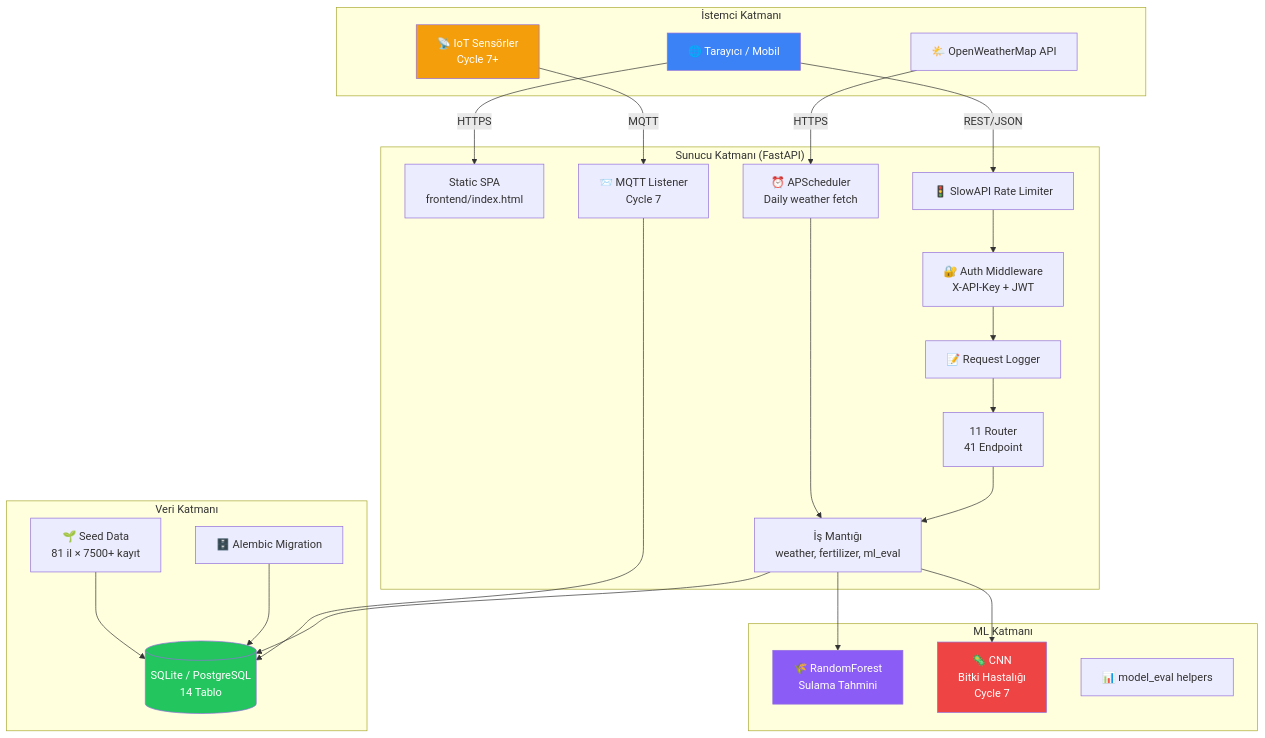
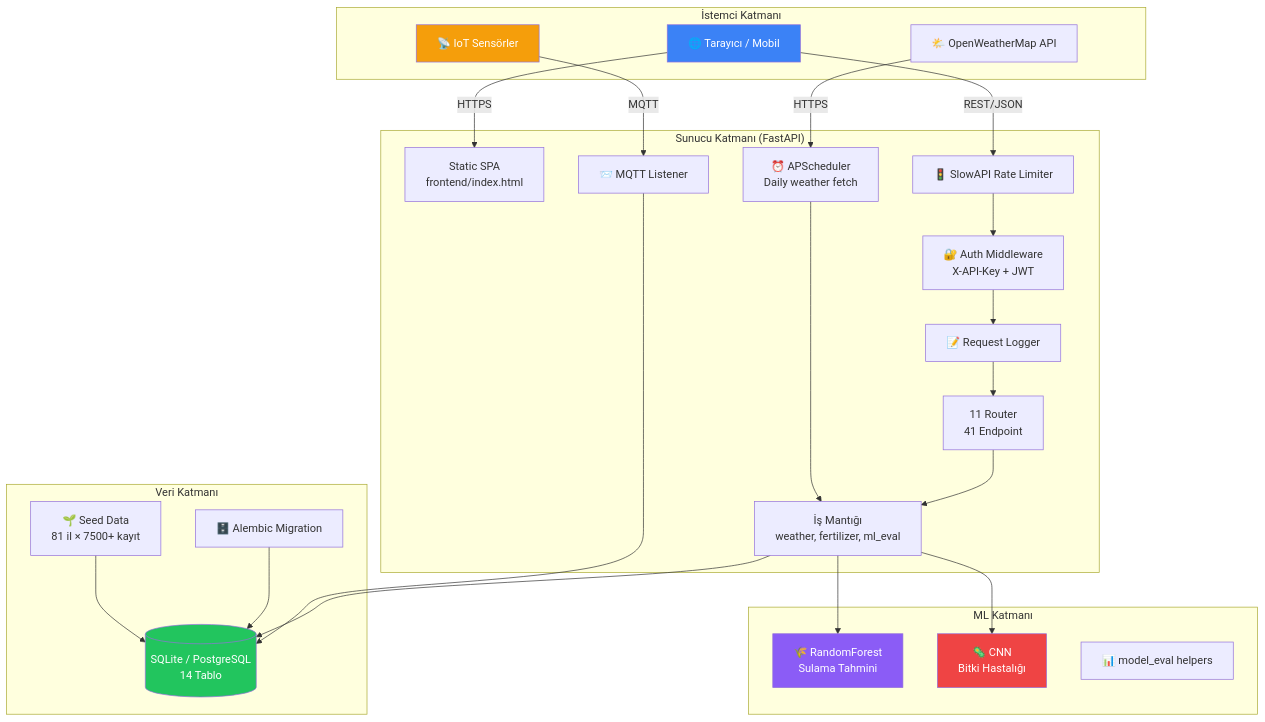
One commit to Ohualtex/Smart_Farming_Data_Analysis_Platform changed the first of 6 diagrams in docs/architecture.md. Above: the diagram before and after it, drawn with Mermaid. The commit also changed other lines of this file and 74 other files, not shown here.

````diff
--- a/docs/architecture.md
+++ b/docs/architecture.md
@@ -10,55 +10,55 @@
 ```mermaid
 graph TB
     subgraph "İstemci Katmanı"
         Browser[🌐 Tarayıcı / Mobil]
-        Sensor[📡 IoT Sensörler<br/>Cycle 7+]
+        Sensor[📡 IoT Sensörler]
         ExtAPI[🌤️ OpenWeatherMap API]
     end
 
     subgraph "Sunucu Katmanı (FastAPI)"
         Static[Static SPA<br/>frontend/index.html]
         Auth[🔐 Auth Middleware<br/>X-API-Key + JWT]
         RateLimit[🚦 SlowAPI Rate Limiter]
         ReqLog[📝 Request Logger]
         Routers[11 Router<br/>41 Endpoint]
         Services[İş Mantığı<br/>weather, fertilizer, ml_eval]
         Tasks[⏰ APScheduler<br/>Daily weather fetch]
-        MQTT[📨 MQTT Listener<br/>Cycle 7]
+        MQTT[📨 MQTT Listener]
     end
 
     subgraph "ML Katmanı"
         Irrigation[🌾 RandomForest<br/>Sulama Tahmini]
-        CNN[🦠 CNN<br/>Bitki Hastalığı<br/>Cycle 7]
+        CNN[🦠 CNN<br/>Bitki Hastalığı]
         Eval[📊 model_eval helpers]
     end
 
     subgraph "Veri Katmanı"
         DB[(SQLite / PostgreSQL<br/>14 Tablo)]
         Migration[🗄️ Alembic Migration]
         Seed[🌱 Seed Data<br/>81 il × 7500+ kayıt]
     end
 
     Browser -->|HTTPS| Static
     Browser -->|REST/JSON| RateLimit
     Sensor -->|MQTT| MQTT
     ExtAPI -->|HTTPS| Tasks
 
     RateLimit --> Auth
     Auth --> ReqLog
     ReqLog --> Routers
     Routers --> Services
     Services --> DB
     Services --> Irrigation
     Services --> CNN
     Tasks --> Services
     MQTT --> DB
 
     Migration --> DB
     Seed --> DB
 
     style Browser fill:#3b82f6,color:#fff
     style Sensor fill:#f59e0b,color:#fff
     style DB fill:#22c55e,color:#fff
     style Irrigation fill:#8b5cf6,color:#fff
     style CNN fill:#ef4444,color:#fff
 ```
````
